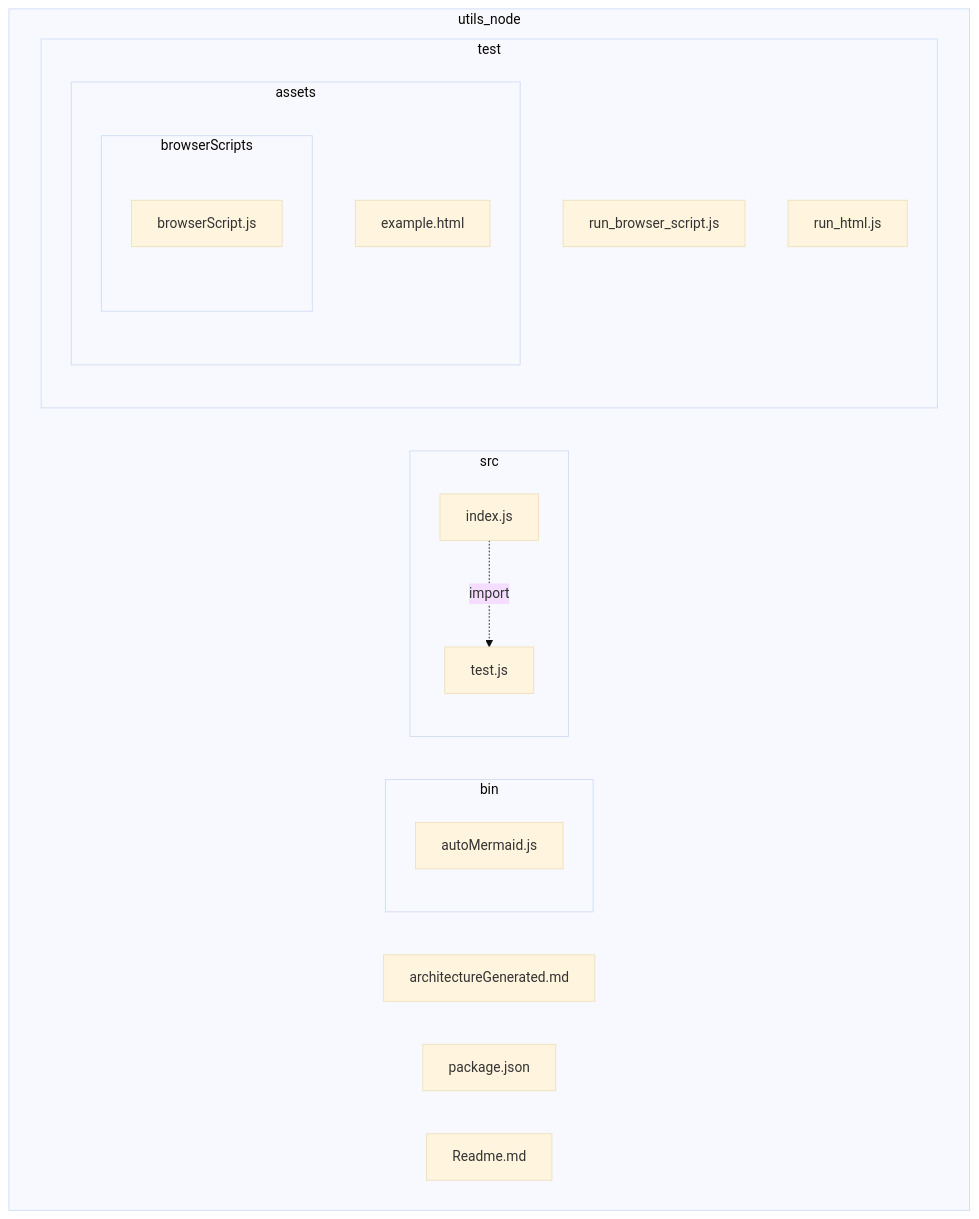
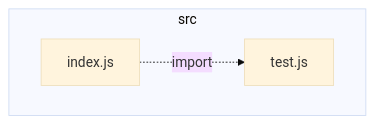
The diagram in packages/utils_node/architectureGenerated.md (VCityTeam/UD-Viz), drawn with Mermaid (base theme) before and after one commit. The commit also changed 25 other files, not shown here.

Commit message:
update(doc):generate diagrams from *package*/src/

````diff
--- a/packages/utils_node/architectureGenerated.md
+++ b/packages/utils_node/architectureGenerated.md
@@ -1,26 +1,8 @@
 ```mermaid
 flowchart
- subgraph IDutils5fnode["utils_node"]
-  IDutils5fnodeArchitectureGenerated2emd["architectureGenerated.md"]
-  IDutils5fnodePackage2ejson["package.json"]
-  IDutils5fnodeReadme2emd["Readme.md"]
-  subgraph IDutils5fnodeBin["bin"]
-   IDutils5fnodeBinAutoMermaid2ejs["autoMermaid.js"]
-  end
-  subgraph IDutils5fnodeSrc["src"]
-   IDutils5fnodeSrcIndex2ejs["index.js"]
-   IDutils5fnodeSrcTest2ejs["test.js"]
-  end
-  subgraph IDutils5fnodeTest["test"]
-   IDutils5fnodeTestRun5fbrowser5fscript2ejs["run_browser_script.js"]
-   IDutils5fnodeTestRun5fhtml2ejs["run_html.js"]
-   subgraph IDutils5fnodeTestAssets["assets"]
-    IDutils5fnodeTestAssetsExample2ehtml["example.html"]
-    subgraph IDutils5fnodeTestAssetsBrowserScripts["browserScripts"]
-     IDutils5fnodeTestAssetsBrowserScriptsBrowserScript2ejs["browserScript.js"]
-    end
-   end
-  end
+ subgraph IDsrc["src"]
+  IDsrcIndex2ejs["index.js"]
+  IDsrcTest2ejs["test.js"]
  end
-IDutils5fnodeSrcIndex2ejs-.->|import|IDutils5fnodeSrcTest2ejs
+IDsrcIndex2ejs-.->|import|IDsrcTest2ejs
 ```
````
